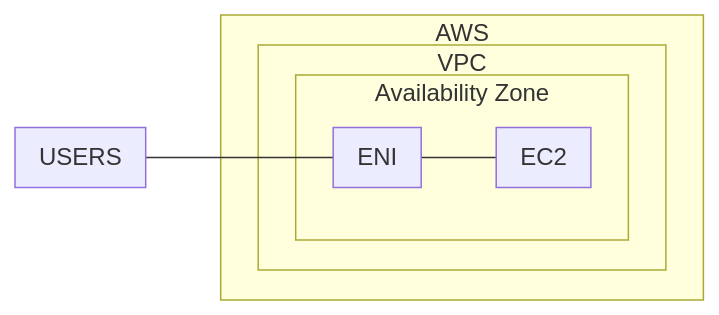
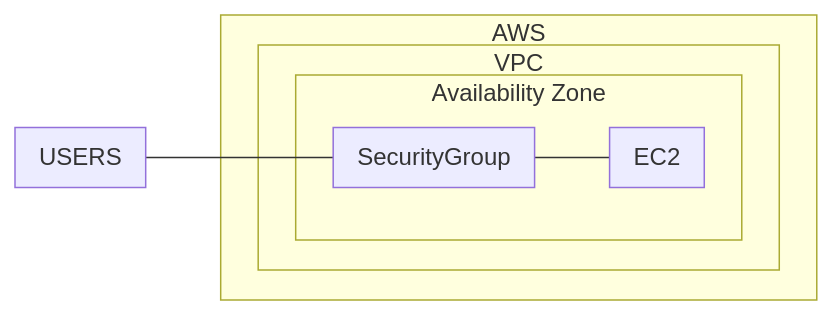
One commit to blearnsaws/iac changed the diagram in terraform/deployments/test/products/webserver/README.md. Above: the diagram before and after it, drawn with Mermaid. The commit also changed 2 other files, not shown here.

Commit message:
changed deployment to version and updated readme

````diff
--- a/terraform/deployments/test/products/webserver/README.md
+++ b/terraform/deployments/test/products/webserver/README.md
@@ -9,19 +9,19 @@
 ```mermaid
 
 flowchart LR
   subgraph USERS
   end
   subgraph AWS
       subgraph VPC
           subgraph Availability Zone
-          subgraph ENI
+          subgraph SecurityGroup
           end
           subgraph EC2
           end
         end
     end
   end
-  USERS --- ENI
-  ENI --- EC2
+  USERS --- SecurityGroup
+  SecurityGroup --- EC2
 
 ```
````
